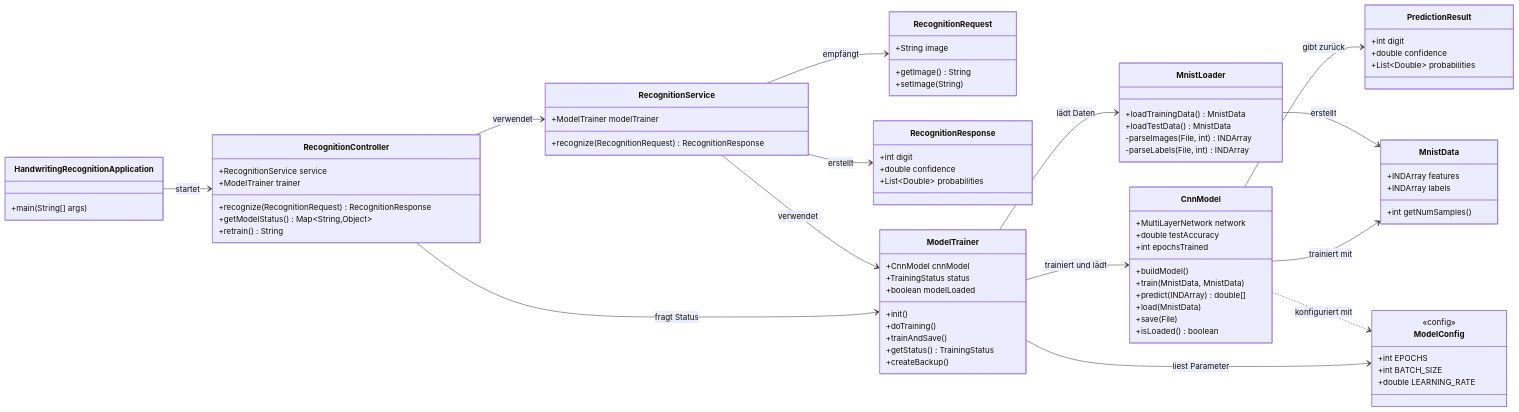
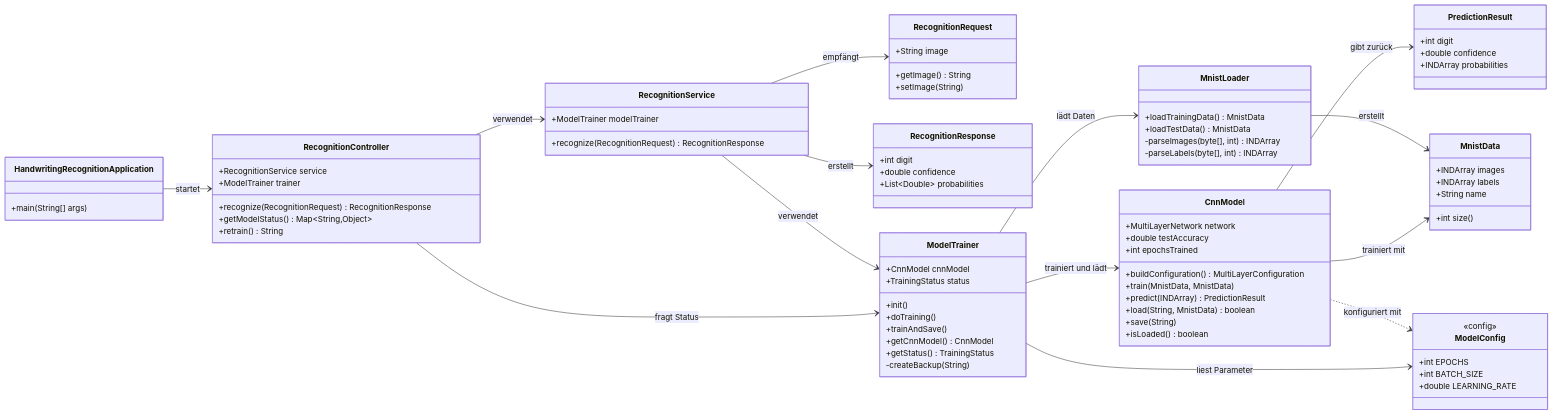
Before and after one commit to R-Yanay/NumberRecognition: the third of 3 diagrams in README.md, drawn with Mermaid. The commit also changed other lines of this file and 14 other files, not shown here.

```diff
--- a/README.md
+++ b/README.md
@@ -191,32 +233,33 @@
     class MnistLoader {
         +loadTrainingData() MnistData
         +loadTestData() MnistData
-        -parseImages(File, int) INDArray
-        -parseLabels(File, int) INDArray
+        -parseImages(byte[], int) INDArray
+        -parseLabels(byte[], int) INDArray
     }
 
     class MnistData {
-        +INDArray features
+        +INDArray images
         +INDArray labels
-        +int getNumSamples()
+        +String name
+        +int size()
     }
 
     class CnnModel {
         +MultiLayerNetwork network
         +double testAccuracy
         +int epochsTrained
-        +buildModel()
+        +buildConfiguration() MultiLayerConfiguration
         +train(MnistData, MnistData)
-        +predict(INDArray) double[]
-        +load(MnistData)
-        +save(File)
+        +predict(INDArray) PredictionResult
+        +load(String, MnistData) boolean
+        +save(String)
         +isLoaded() boolean
     }
 
     class PredictionResult {
         +int digit
         +double confidence
-        +List~Double~ probabilities
+        +INDArray probabilities
     }
 
     class RecognitionRequest {
@@ -234,12 +277,12 @@
     class ModelTrainer {
         +CnnModel cnnModel
         +TrainingStatus status
-        +boolean modelLoaded
         +init()
         +doTraining()
         +trainAndSave()
+        +getCnnModel() CnnModel
         +getStatus() TrainingStatus
-        +createBackup()
+        -createBackup(String)
     }
 
     class RecognitionService {
```
